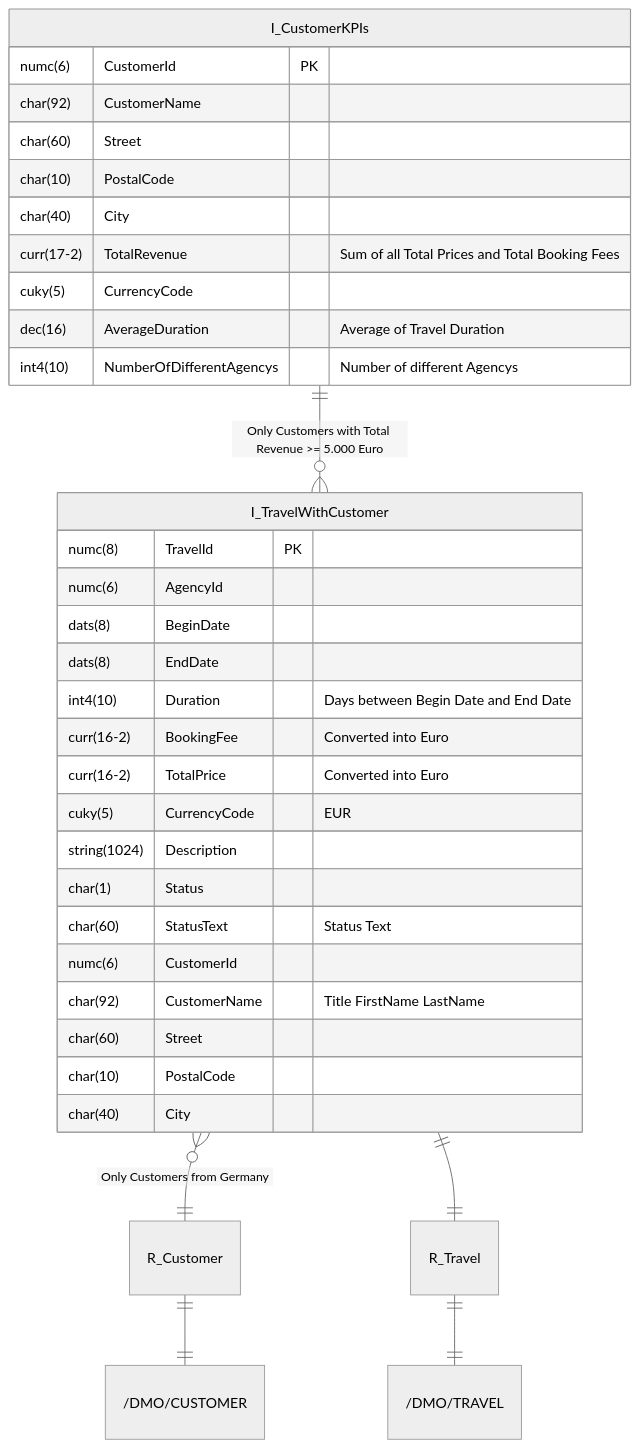
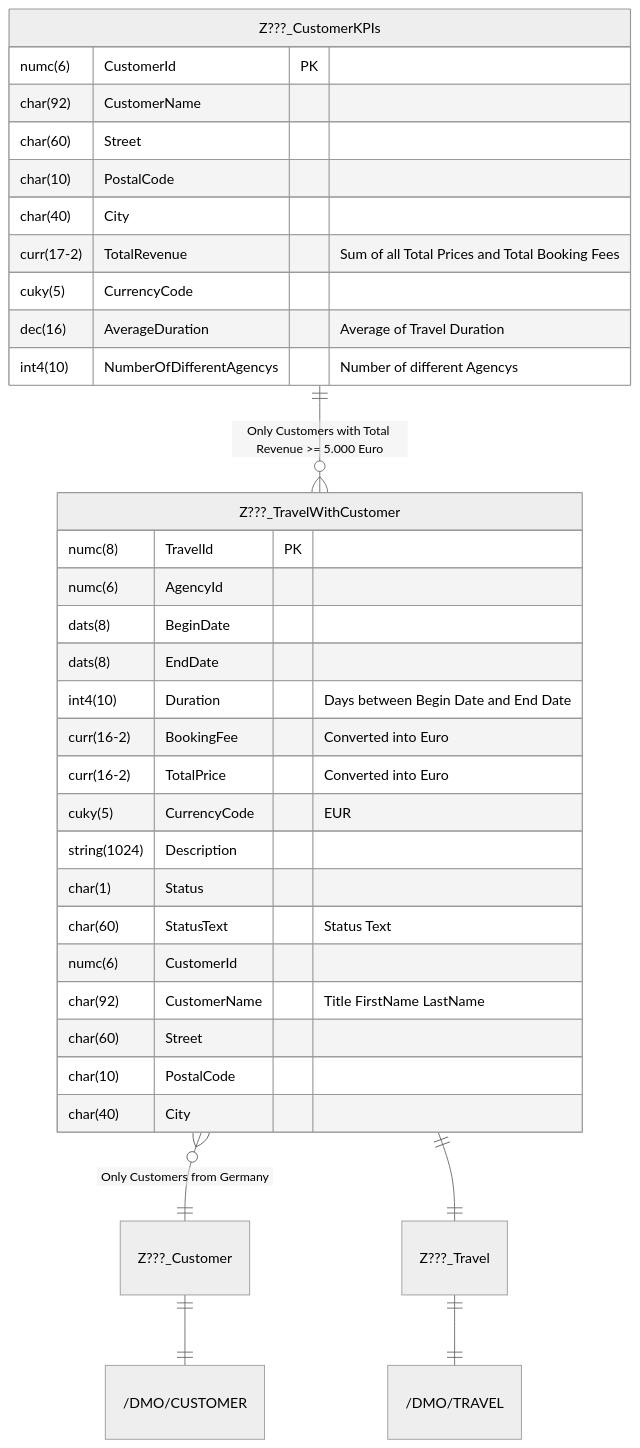
One commit to appenmaier/s4hana changed the diagram in docs/exercises/abap-cds/abap-cds-05.md. Above: the diagram before and after it, drawn with Mermaid (neutral theme). The commit also changed other lines of this file and 38 other files, not shown here.

````diff
--- a/docs/exercises/abap-cds/abap-cds-05.md
+++ b/docs/exercises/abap-cds/abap-cds-05.md
@@ -10,40 +10,40 @@
 ```mermaid
 erDiagram
 
-    R_Customer ||--|| "/DMO/CUSTOMER" : ""
-    R_Travel ||--|| "/DMO/TRAVEL" : ""
-    I_TravelWithCustomer }o--|| R_Customer : "Only Customers from Germany"
-    I_TravelWithCustomer ||--|| R_Travel : ""
-    I_CustomerKPIs ||--o{ I_TravelWithCustomer : "Only Customers with Total Revenue >= 5.000 Euro"
+    "Z???_Customer" ||--|| "/DMO/CUSTOMER" : ""
+    "Z???_Travel" ||--|| "/DMO/TRAVEL" : ""
+    "Z???_TravelWithCustomer" }o--|| "Z???_Customer" : "Only Customers from Germany"
+    "Z???_TravelWithCustomer" ||--|| "Z???_Travel" : ""
+    "Z???_CustomerKPIs" ||--o{ "Z???_TravelWithCustomer" : "Only Customers with Total Revenue >= 5.000 Euro"
 
-    I_CustomerKPIs {
+    "Z???_CustomerKPIs" {
         numc(6) CustomerId PK
         char(92) CustomerName
         char(60) Street
         char(10) PostalCode
         char(40) City
         curr(17-2) TotalRevenue "Sum of all Total Prices and Total Booking Fees"
         cuky(5) CurrencyCode
         dec(16) AverageDuration "Average of Travel Duration"
         int4(10) NumberOfDifferentAgencys "Number of different Agencys"
     }
 
-    I_TravelWithCustomer {
+    "Z???_TravelWithCustomer" {
         numc(8) TravelId PK
         numc(6) AgencyId
         dats(8) BeginDate
         dats(8) EndDate
         int4(10) Duration "Days between Begin Date and End Date"
         curr(16-2) BookingFee "Converted into Euro"
         curr(16-2) TotalPrice "Converted into Euro"
         cuky(5) CurrencyCode "EUR"
         string(1024) Description
         char(1) Status
         char(60) StatusText "Status Text"
         numc(6) CustomerId
         char(92) CustomerName "Title FirstName LastName"
         char(60) Street
         char(10) PostalCode
         char(40) City
     }
 ```
````
